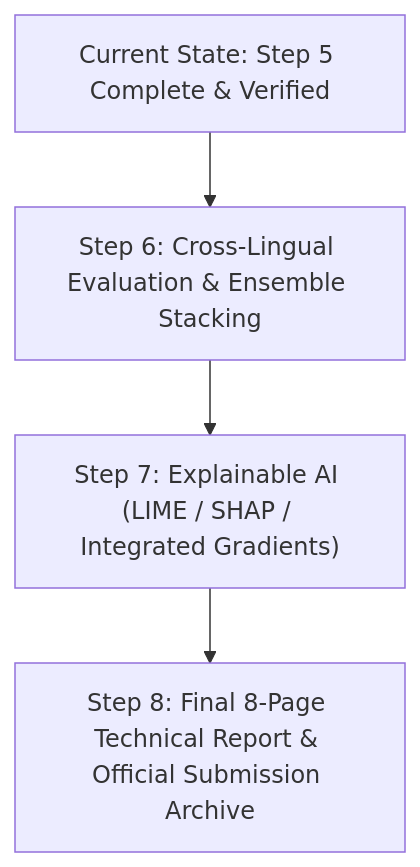
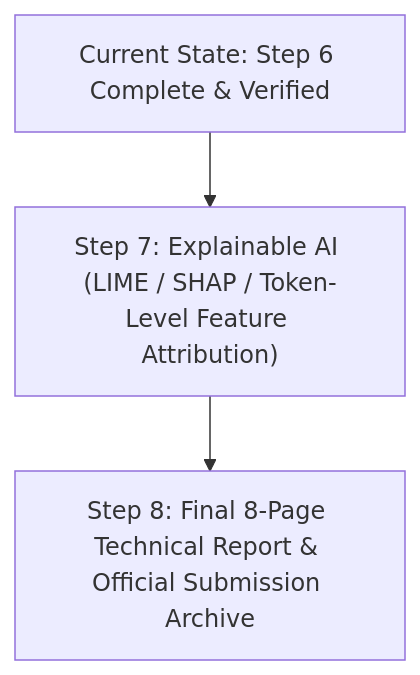
Before and after one commit to Tanmay-700/indic-stance-detection: the third of 3 diagrams in report/Detailed_Step_by_Step_Report.md, drawn with Mermaid. The commit also changed other lines of this file and 8 other files, not shown here.

Commit message:
Complete Step 6: Hybrid Soft-Voting Ensemble & Cross-Lingual Evaluation matrix

````diff
--- a/report/Detailed_Step_by_Step_Report.md
+++ b/report/Detailed_Step_by_Step_Report.md
@@ -384,6 +447,5 @@
 ```mermaid
 flowchart TD
-    Current["Current State: Step 5 Complete & Verified"] --> S6["Step 6: Cross-Lingual Evaluation & Ensemble Stacking"]
-    S6 --> S7["Step 7: Explainable AI (LIME / SHAP / Integrated Gradients)"]
+    Current["Current State: Step 6 Complete & Verified"] --> S7["Step 7: Explainable AI (LIME / SHAP / Token-Level Feature Attribution)"]
     S7 --> S8["Step 8: Final 8-Page Technical Report & Official Submission Archive"]
 ```
````
